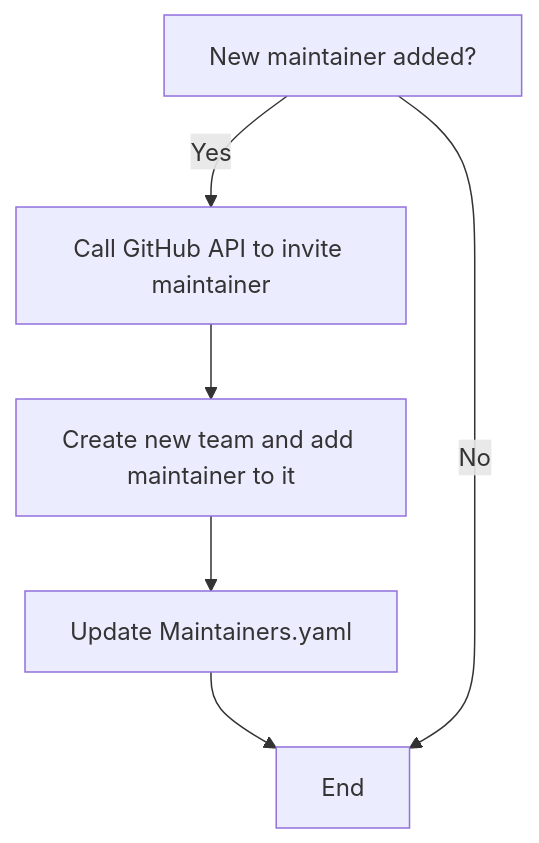
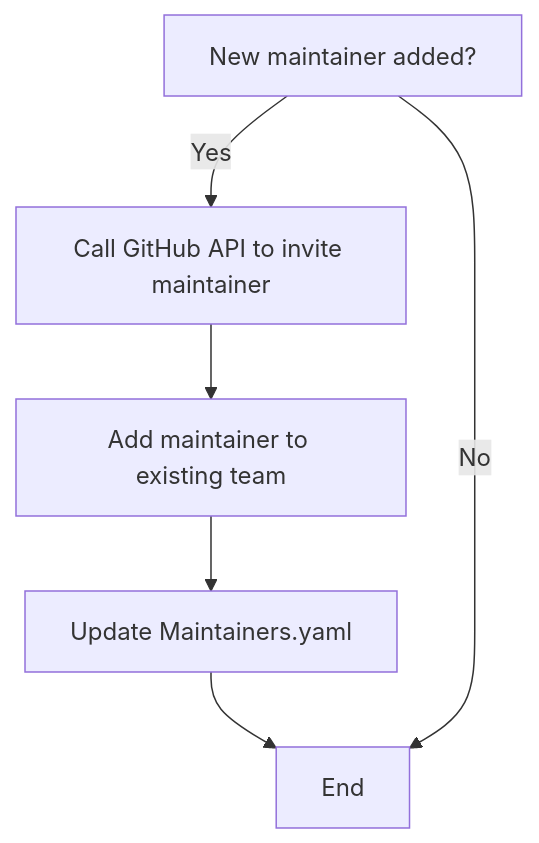
Before and after one commit to asyncapi/community: the seventh of 12 diagrams in mentorship/summerofcode/2023/workflowautomation/README.md, drawn with Mermaid.

Commit message:
changed a flowchart of invite-maintainers.yaml

````diff
--- a/mentorship/summerofcode/2023/workflowautomation/README.md
+++ b/mentorship/summerofcode/2023/workflowautomation/README.md
@@ -92,8 +92,8 @@
 ```mermaid
 graph TD;
 A[New maintainer added?] --> |Yes| B[Call GitHub API to invite maintainer];
-B --> C[Create new team and add maintainer to it];
+B --> C[Add maintainer to existing team];
 C --> D[Update Maintainers.yaml];
 D --> E[End];
 A --> |No| E[End];
 ```
````
